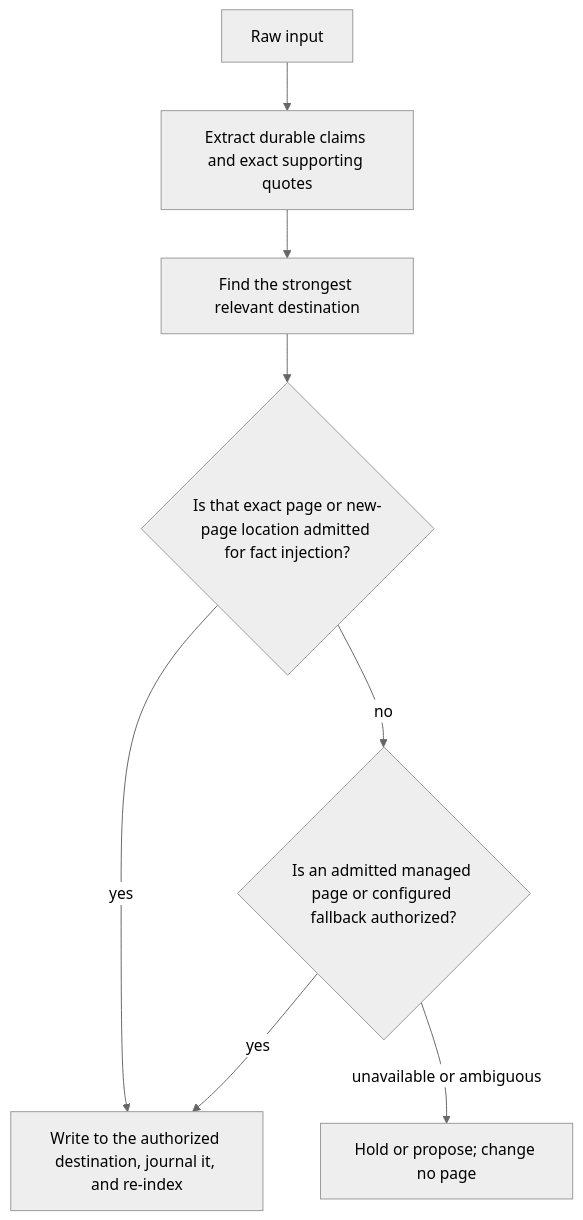
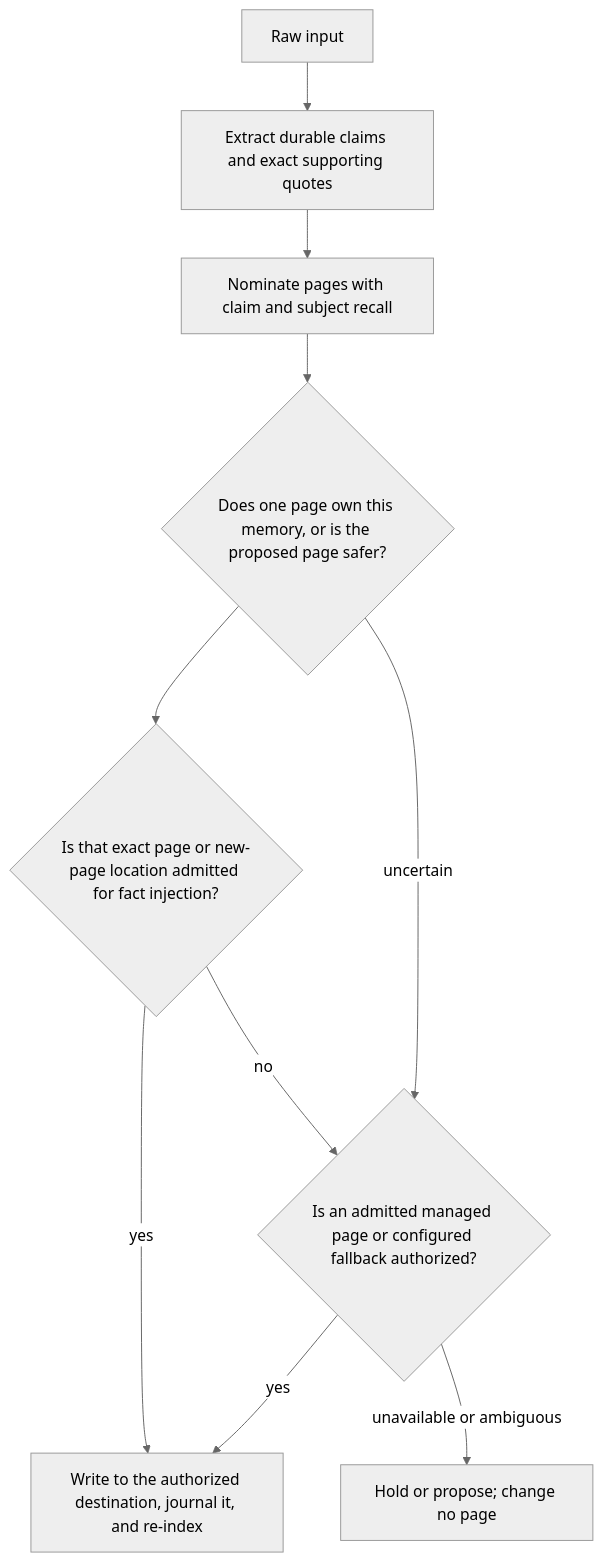
Before and after one commit to tenphi/akno: the second of 3 diagrams in docs/memory-lifecycle.md, drawn with Mermaid (neutral theme). The commit also changed 24 other files, not shown here.

First line of the commit message:
feat: qualify retained memory destinations (#57)

````diff
--- a/docs/memory-lifecycle.md
+++ b/docs/memory-lifecycle.md
@@ -124,13 +124,15 @@
 ```mermaid
 flowchart TD
   accTitle: Remember decision path
-  accDescr: Remember extracts durable claims and evidence, finds the strongest destination, checks write authority, and either writes to an authorized location or holds a proposal without changing a page.
+  accDescr: Remember extracts durable claims and evidence, nominates destinations, qualifies canonical ownership, checks write authority, and either writes to an authorized location or holds a proposal without changing a page.
 
   input["Raw input"] --> extract["Extract durable claims and exact supporting quotes"]
-  extract --> destination["Find the strongest relevant destination"]
-  destination --> admitted{"Is that exact page or new-page location admitted for fact injection?"}
+  extract --> destination["Nominate pages with claim and subject recall"]
+  destination --> ownership{"Does one page own this memory, or is the proposed page safer?"}
+  ownership --> admitted{"Is that exact page or new-page location admitted for fact injection?"}
+  ownership -->|uncertain| fallback
   admitted -->|yes| write["Write to the authorized destination, journal it, and re-index"]
   admitted -->|no| fallback{"Is an admitted managed page or configured fallback authorized?"}
   fallback -->|yes| write
   fallback -->|unavailable or ambiguous| hold["Hold or propose; change no page"]
 ```
````
